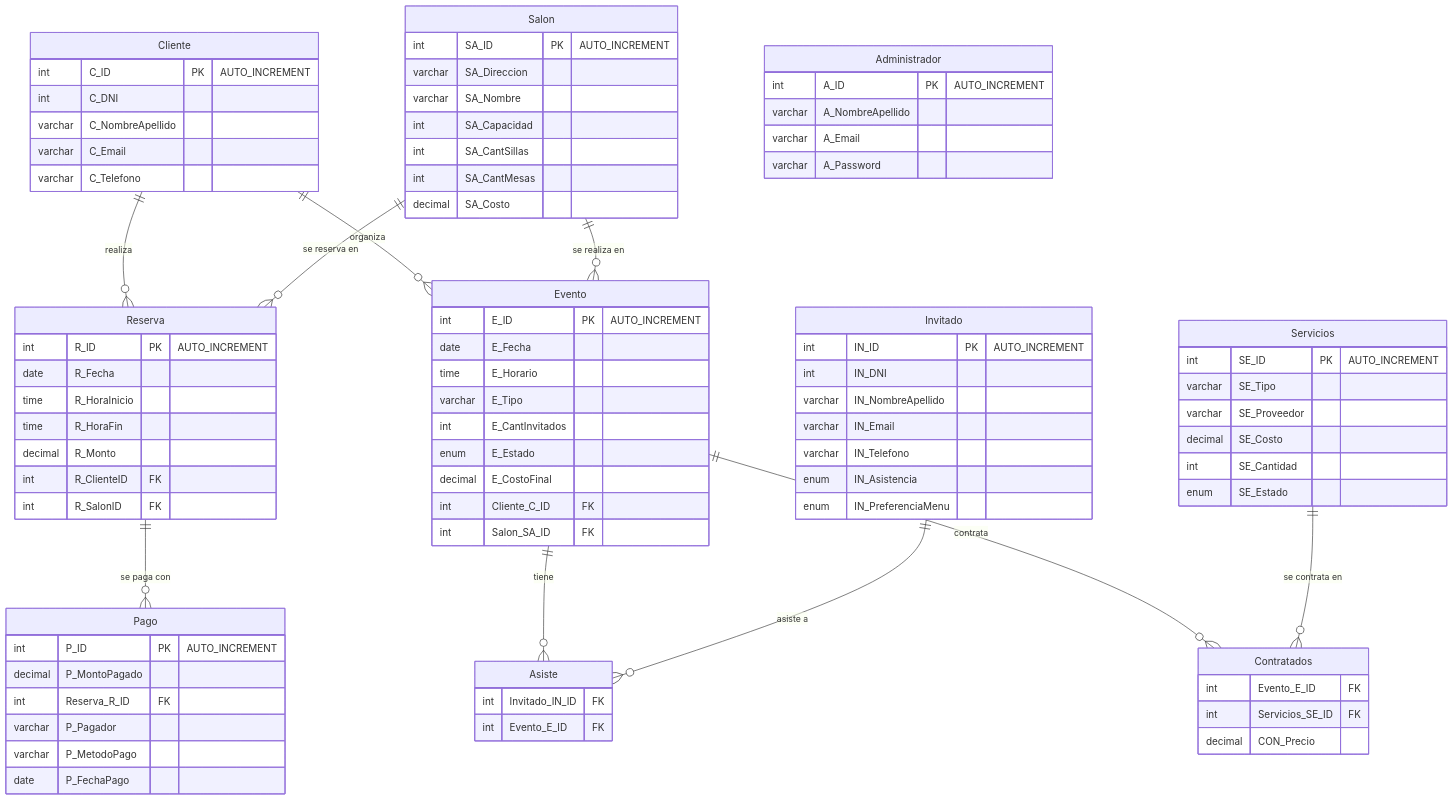
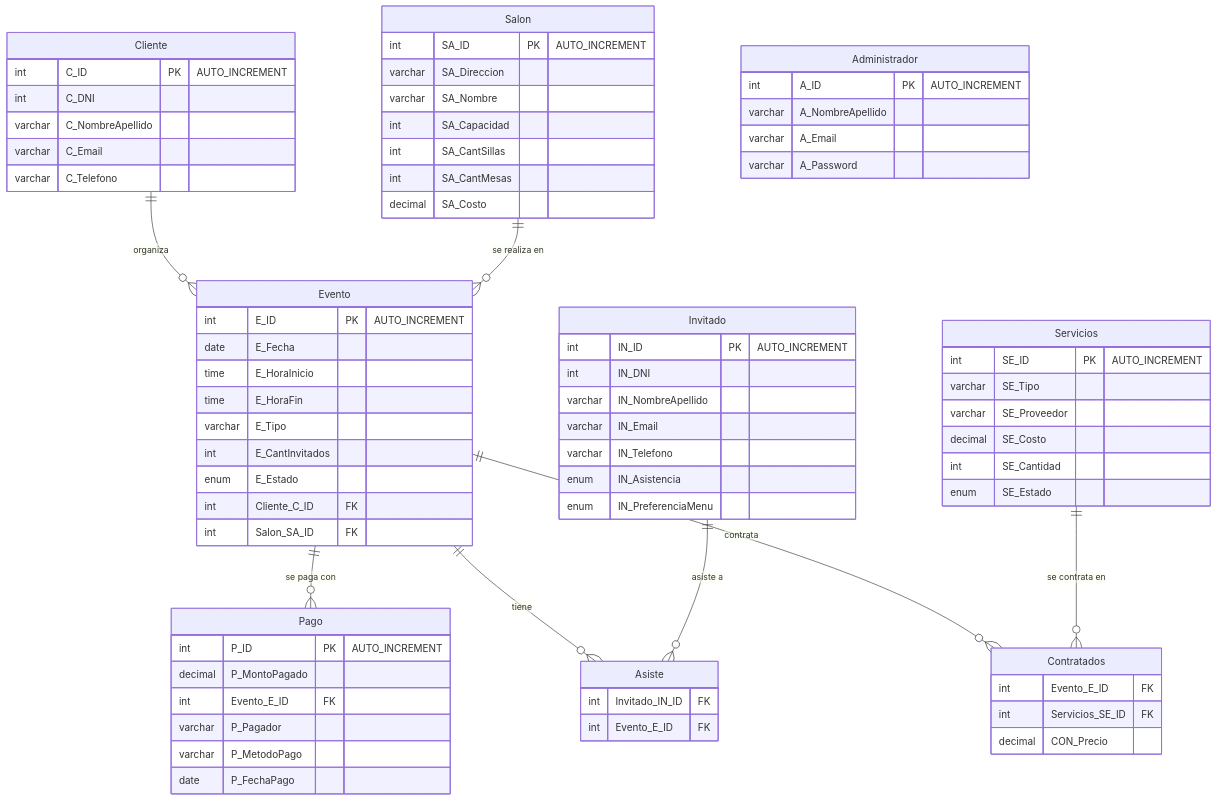
One commit to Proyecto-final-P2/Proyecto-Gestion-Eventos changed the diagram in DIAGRAMA_BD.md. Above: the diagram before and after it, drawn with Mermaid. The commit also changed other lines of this file and 24 other files, not shown here.

````diff
--- a/DIAGRAMA_BD.md
+++ b/DIAGRAMA_BD.md
@@ -7,8 +5,6 @@
 ```mermaid
 erDiagram
-    Cliente ||--o{ Reserva : "realiza"
-    Salon   ||--o{ Reserva : "se reserva en"
-    Reserva ||--o{ Pago : "se paga con"
+    Evento ||--o{ Pago : "se paga con"
     Cliente ||--o{ Evento : "organiza"
     Salon   ||--o{ Evento : "se realiza en"
     Evento  ||--o{ Asiste : "tiene"
@@ -34,20 +30,10 @@
         decimal SA_Costo
     }
 
-    Reserva {
-        int R_ID PK "AUTO_INCREMENT"
-        date R_Fecha
-        time R_HoraInicio
-        time R_HoraFin
-        decimal R_Monto
-        int R_ClienteID FK
-        int R_SalonID FK
-    }
-
     Pago {
         int P_ID PK "AUTO_INCREMENT"
         decimal P_MontoPagado
-        int Reserva_R_ID FK
+        int Evento_E_ID FK
         varchar P_Pagador
         varchar P_MetodoPago
         date P_FechaPago
@@ -56,11 +42,11 @@
     Evento {
         int E_ID PK "AUTO_INCREMENT"
         date E_Fecha
-        time E_Horario
+        time E_HoraInicio
+        time E_HoraFin
         varchar E_Tipo
         int E_CantInvitados
         enum E_Estado
-        decimal E_CostoFinal
         int Cliente_C_ID FK
         int Salon_SA_ID FK
     }
````
